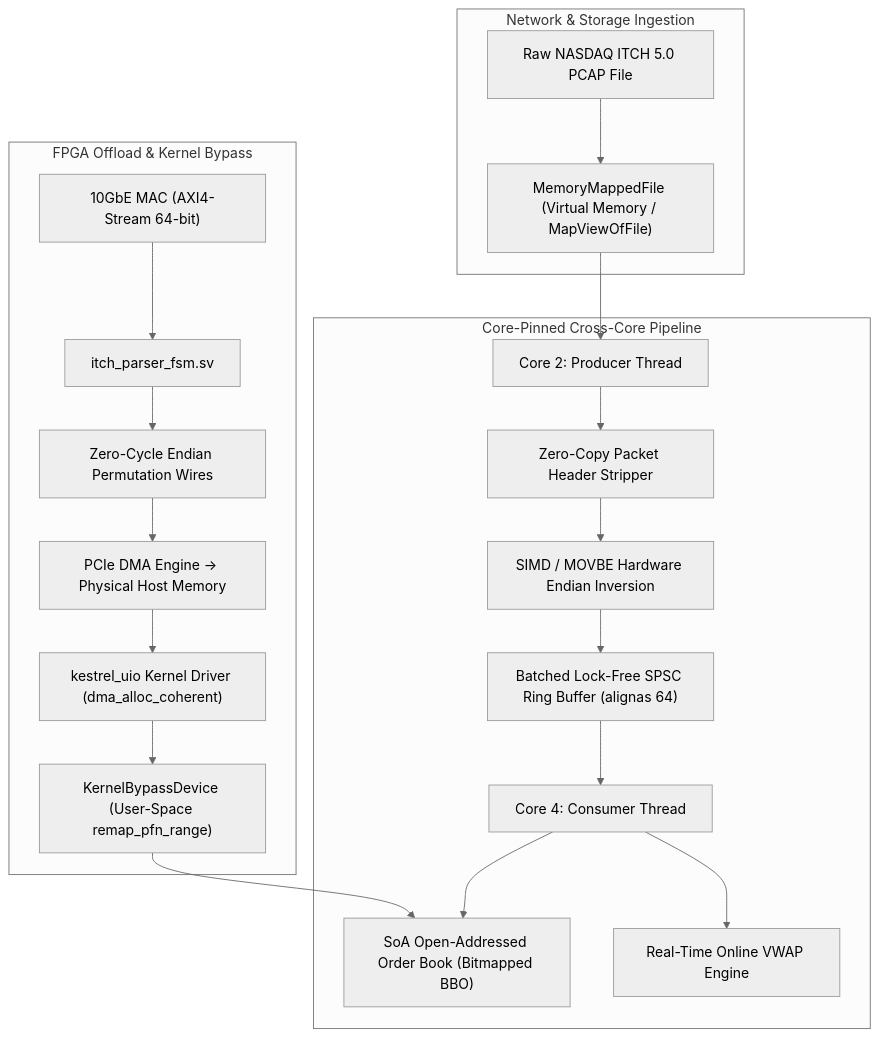
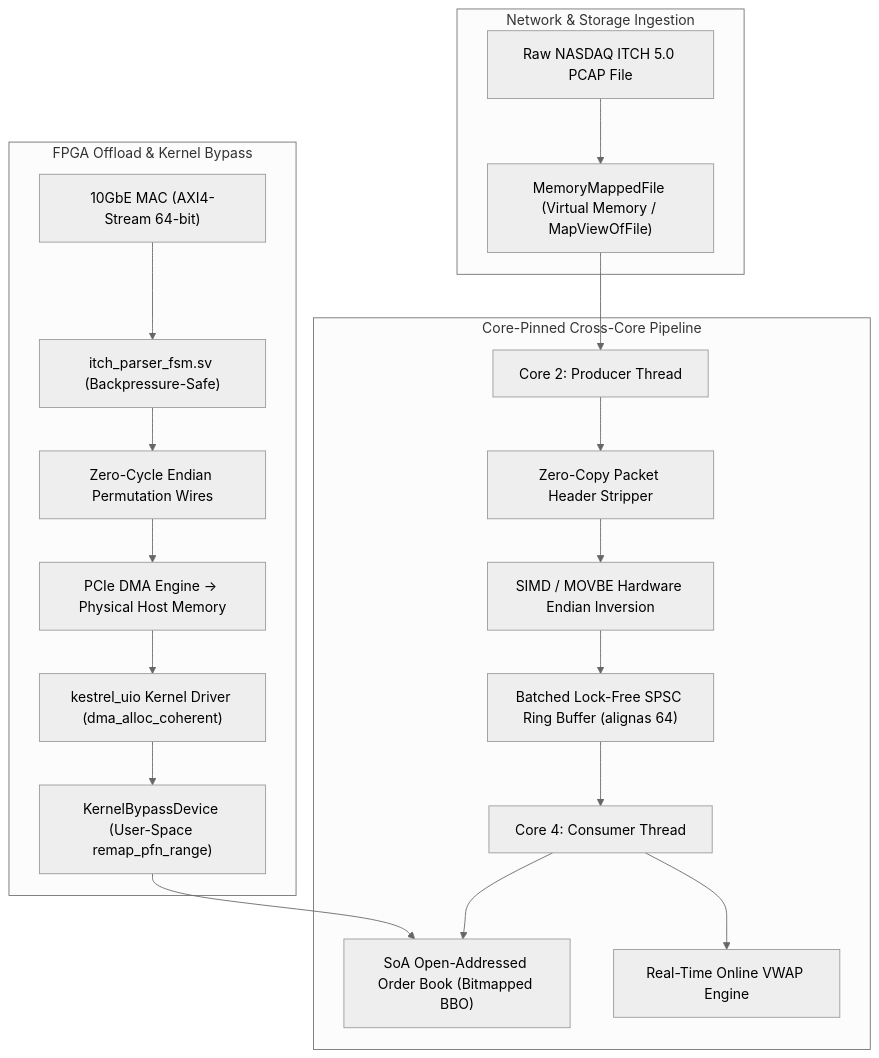
The first of 2 diagrams in README.md (ak495867/Kestrel), drawn with Mermaid (neutral theme) before and after one commit. The commit also changed other lines of this file and 5 other files, not shown here.

Commit message:
feat: fix FSM backpressure handshake, add differential test suite, and document benchmark breakdown

````diff
--- a/README.md
+++ b/README.md
@@ -45,25 +66,25 @@
 ```mermaid
 flowchart TD
     subgraph INGESTION["Network & Storage Ingestion"]
         A["Raw NASDAQ ITCH 5.0 PCAP File"] --> B["MemoryMappedFile (Virtual Memory / MapViewOfFile)"]
     end
 
     subgraph PIPELINE["Core-Pinned Cross-Core Pipeline"]
         B --> C["Core 2: Producer Thread"]
         C --> D["Zero-Copy Packet Header Stripper"]
         D --> E["SIMD / MOVBE Hardware Endian Inversion"]
         E --> F["Batched Lock-Free SPSC Ring Buffer (alignas 64)"]
         F --> G["Core 4: Consumer Thread"]
         G --> H["SoA Open-Addressed Order Book (Bitmapped BBO)"]
         G --> I["Real-Time Online VWAP Engine"]
     end
 
     subgraph HARDWARE["FPGA Offload & Kernel Bypass"]
-        J["10GbE MAC (AXI4-Stream 64-bit)"] --> K["itch_parser_fsm.sv"]
+        J["10GbE MAC (AXI4-Stream 64-bit)"] --> K["itch_parser_fsm.sv (Backpressure-Safe)"]
         K --> L["Zero-Cycle Endian Permutation Wires"]
         L --> M["PCIe DMA Engine -> Physical Host Memory"]
         M --> N["kestrel_uio Kernel Driver (dma_alloc_coherent)"]
         N --> O["KernelBypassDevice (User-Space remap_pfn_range)"]
         O --> H
     end
 ```
````
